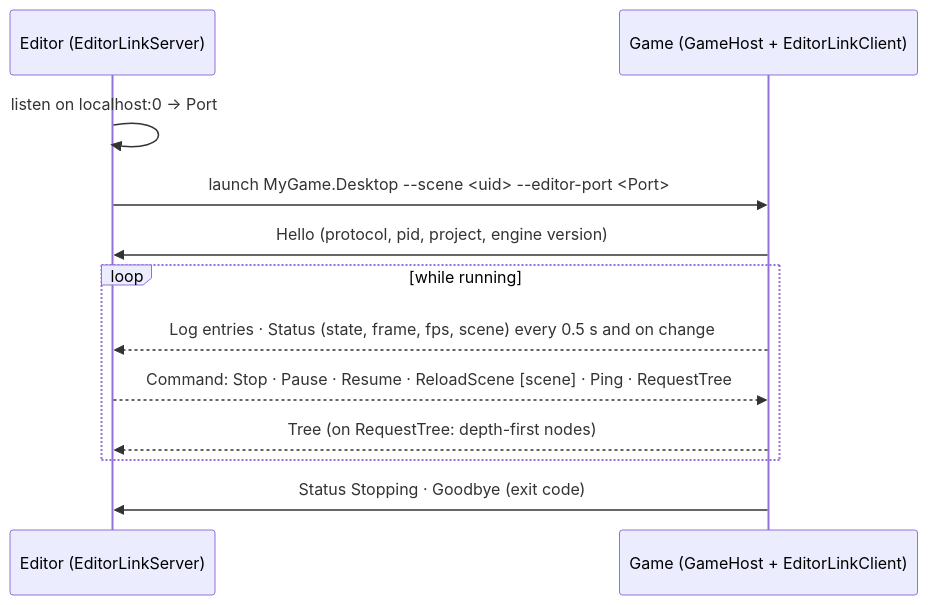
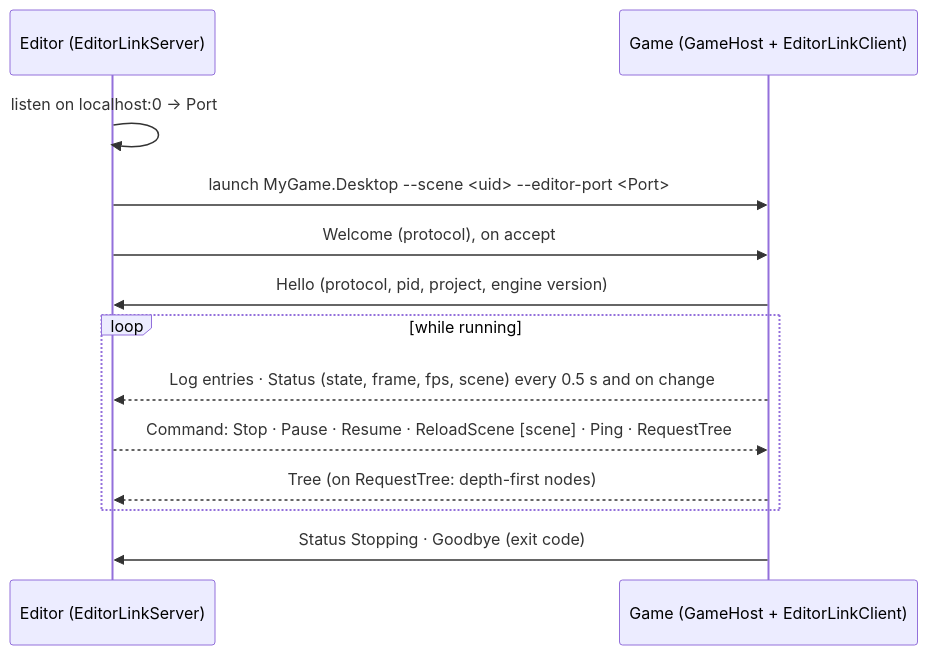
One commit to Mainframe-Games/mainframe-engine changed the diagram in docs/design/project-and-gamehost.md. Above: the diagram before and after it, drawn with Mermaid. The commit also changed other lines of this file and 6 other files, not shown here.

````diff
--- a/docs/design/project-and-gamehost.md
+++ b/docs/design/project-and-gamehost.md
@@ -238,14 +238,15 @@
 ```mermaid
 sequenceDiagram
     participant E as Editor (EditorLinkServer)
     participant G as Game (GameHost + EditorLinkClient)
     E->>E: listen on localhost:0 → Port
     E->>G: launch MyGame.Desktop --scene <uid> --editor-port <Port>
+    E->>G: Welcome (protocol), on accept
     G->>E: Hello (protocol, pid, project, engine version)
     loop while running
         G-->>E: Log entries · Status (state, frame, fps, scene) every 0.5 s and on change
         E-->>G: Command: Stop · Pause · Resume · ReloadScene [scene] · Ping · RequestTree
         G-->>E: Tree (on RequestTree: depth-first nodes)
     end
     G->>E: Status Stopping · Goodbye (exit code)
 ```
````
